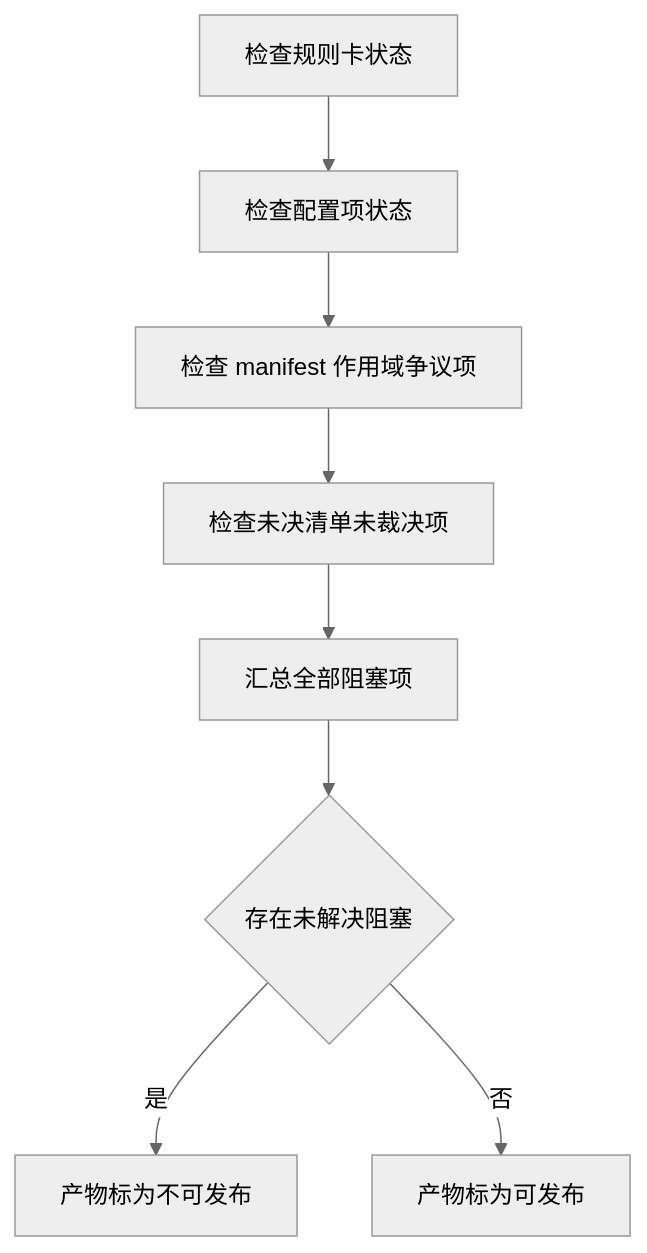
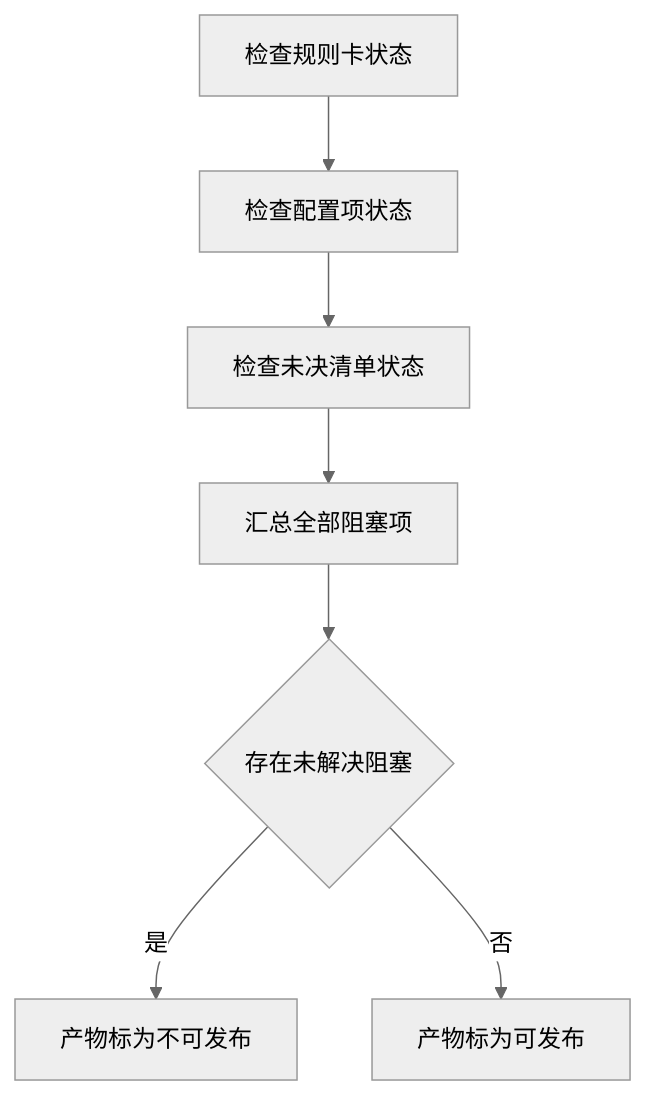
The third of 3 diagrams in dev-docs/planning/2025-11-24-执行计划.md (mickorz/MahjongRuleKB), drawn with Mermaid (neutral theme) before and after one commit. The commit also changed other lines of this file and 2 other files, not shown here.

````diff
--- a/dev-docs/planning/2025-11-24-执行计划.md
+++ b/dev-docs/planning/2025-11-24-执行计划.md
@@ -517,10 +542,9 @@
 ```mermaid
 flowchart TD
     C1[检查规则卡状态] --> C2[检查配置项状态]
-    C2 --> C3[检查 manifest 作用域争议项]
-    C3 --> C4[检查未决清单未裁决项]
-    C4 --> AG[汇总全部阻塞项]
+    C2 --> C3[检查未决清单状态]
+    C3 --> AG[汇总全部阻塞项]
     AG --> Q{存在未解决阻塞}
     Q -->|是| R1[产物标为不可发布]
     Q -->|否| R2[产物标为可发布]
 ```
````
